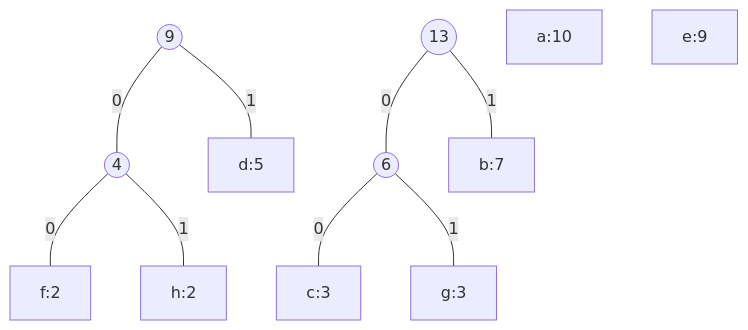
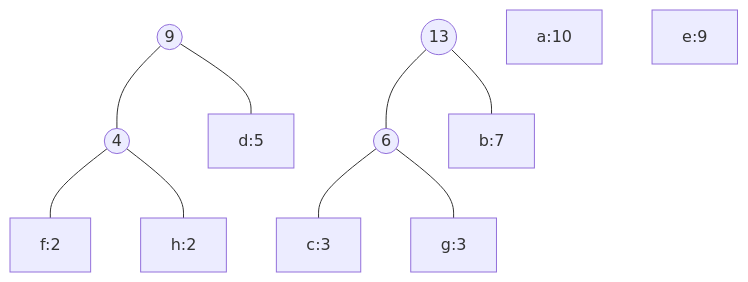
The fifth of 8 diagrams in 04/assignment4.md (rdimartino/algorithms-hw), drawn with Mermaid before and after one commit. The commit also changed other lines of this file and 1 other file, not shown here.

````diff
--- a/04/assignment4.md
+++ b/04/assignment4.md
@@ -120,20 +120,20 @@
     ```mermaid
     graph TD
         %% stage 1
-        n1((4))---|0|f:2
-        n1---|1|h:2
+        n1((4))---f:2
+        n1---h:2
         %% stage 3
-        n3((9))---|0|n1
-        n3---|1|d:5
+        n3((9))---n1
+        n3---d:5
 
         %% stage 2
-        n2((6))---|0|c:3
-        n2---|1|g:3
+        n2((6))---c:3
+        n2---g:3
         %% stage 4
-        n4((13))---|0|n2
-        n4---|1|b:7
+        n4((13))---n2
+        n4---b:7
 
         %% unallocated
         a:10
         e:9
     ```
````
